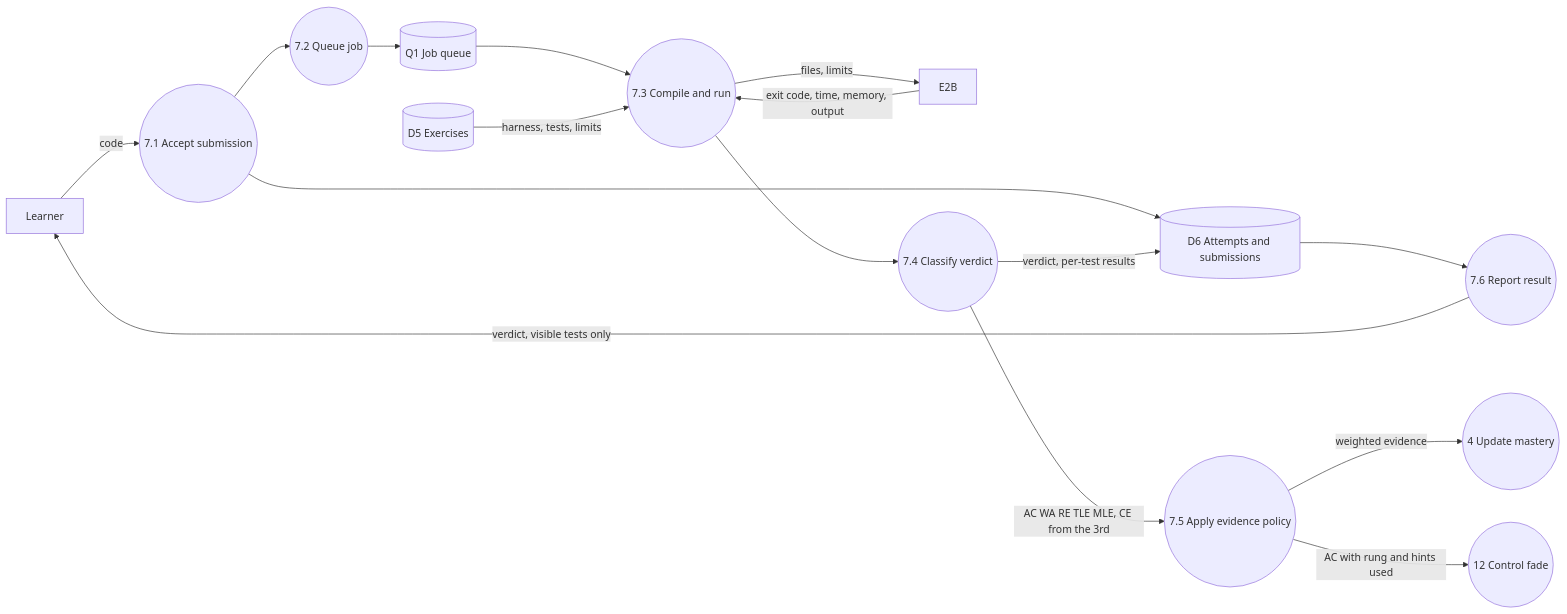
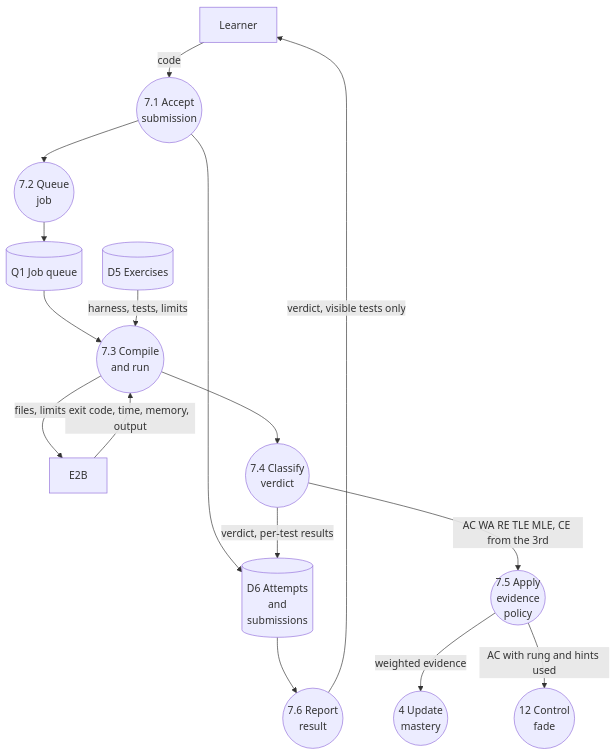
One commit to Nidanos/ai-tutor-platform changed diagram 19 of 23 in DOCS/phase-3/MP3-Draft-Report.md. Above: the diagram before and after it, drawn with Mermaid. The commit also changed other lines of this file and 1 other file, not shown here.

Commit message:
docs: make every Phase 3 report diagram readable in print

````diff
--- a/DOCS/phase-3/MP3-Draft-Report.md
+++ b/DOCS/phase-3/MP3-Draft-Report.md
@@ -1063,31 +1126,37 @@
 ```mermaid
-flowchart LR
+---
+config:
+  flowchart:
+    nodeSpacing: 20
+    rankSpacing: 30
+---
+flowchart TB
   L["Learner"]
   SBX["E2B"]
-  P71(("7.1 Accept submission"))
-  P72(("7.2 Queue job"))
-  P73(("7.3 Compile and run"))
-  P74(("7.4 Classify verdict"))
-  P75(("7.5 Apply evidence policy"))
-  P76(("7.6 Report result"))
-  P4(("4 Update mastery"))
-  P12(("12 Control fade"))
+  P71(("7.1 Accept<br/>submission"))
+  P72(("7.2 Queue<br/>job"))
+  P73(("7.3 Compile<br/>and run"))
+  P74(("7.4 Classify<br/>verdict"))
+  P75(("7.5 Apply<br/>evidence<br/>policy"))
+  P76(("7.6 Report<br/>result"))
+  P4(("4 Update<br/>mastery"))
+  P12(("12 Control<br/>fade"))
   Q[("Q1 Job queue")]
   D5[("D5 Exercises")]
-  D6[("D6 Attempts and submissions")]
+  D6[("D6 Attempts<br/>and<br/>submissions")]
   L -->|code| P71
   P71 --> D6
   P71 --> P72
   P72 --> Q
   Q --> P73
   D5 -->|harness, tests, limits| P73
   P73 -->|files, limits| SBX
   SBX -->|exit code, time, memory, output| P73
   P73 --> P74
   P74 -->|verdict, per-test results| D6
   P74 -->|AC WA RE TLE MLE, CE from the 3rd| P75
   P75 -->|weighted evidence| P4
   P75 -->|AC with rung and hints used| P12
   D6 --> P76
   P76 -->|verdict, visible tests only| L
 ```
````
